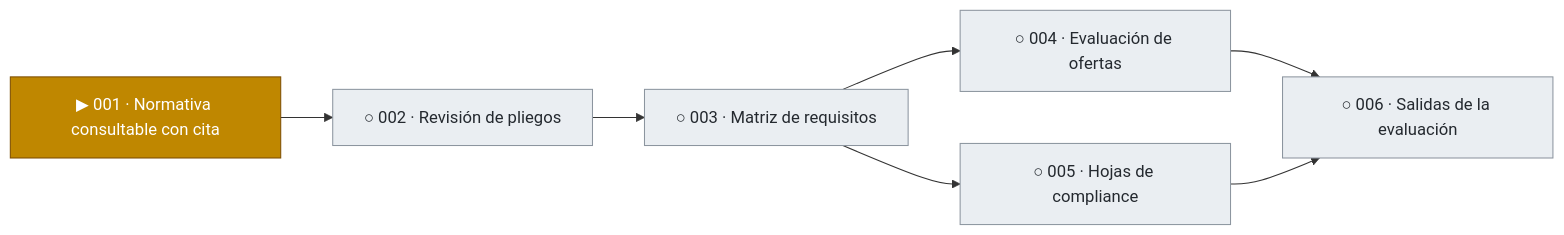
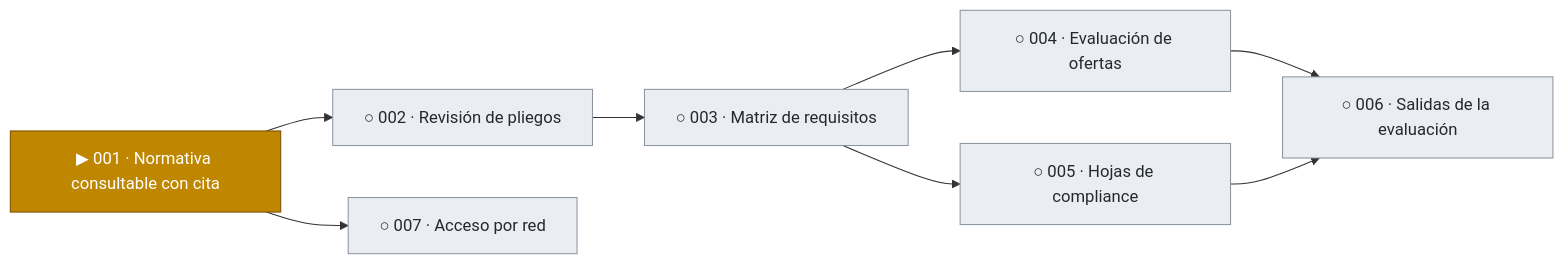
The first of 2 diagrams in docs/tablero.md (snavello/EVALUON), drawn with Mermaid before and after one commit. The commit also changed other lines of this file and 2 other files, not shown here.

````diff
--- a/docs/tablero.md
+++ b/docs/tablero.md
@@ -9,20 +9,22 @@
 ```mermaid
 flowchart LR
   F001["▶ 001 · Normativa consultable con cita"]:::active
   F002["○ 002 · Revisión de pliegos"]:::todo
   F003["○ 003 · Matriz de requisitos"]:::todo
   F004["○ 004 · Evaluación de ofertas"]:::todo
   F005["○ 005 · Hojas de compliance"]:::todo
   F006["○ 006 · Salidas de la evaluación"]:::todo
+  F007["○ 007 · Acceso por red"]:::todo
   F001 --> F002
   F002 --> F003
   F003 --> F004
   F003 --> F005
   F004 --> F006
   F005 --> F006
+  F001 --> F007
   classDef done fill:#1a7f37,stroke:#116329,color:#ffffff
   classDef review fill:#0969da,stroke:#0550ae,color:#ffffff
   classDef active fill:#bf8700,stroke:#7d4e00,color:#ffffff
   classDef blocked fill:#cf222e,stroke:#a40e26,color:#ffffff
   classDef todo fill:#eaeef2,stroke:#8c959f,color:#24292f
 ```
````
